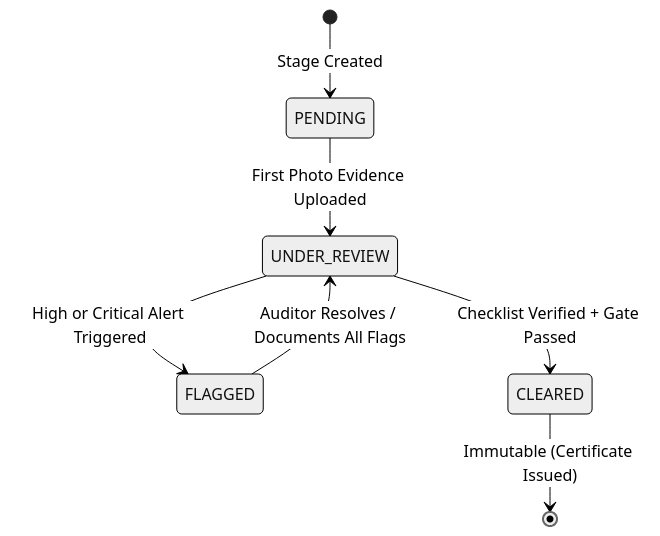
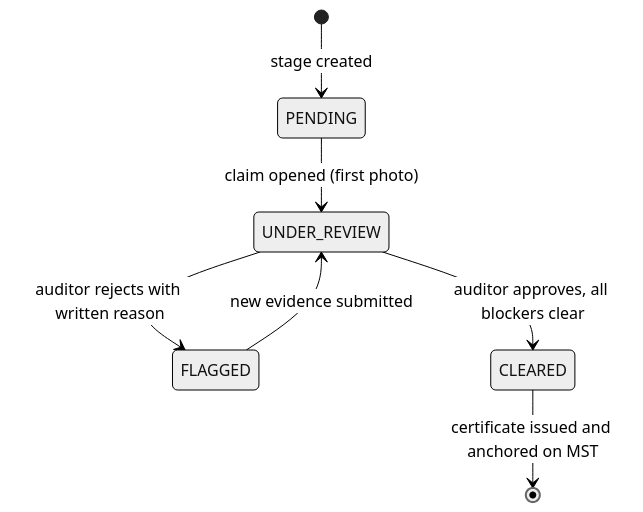
The third of 3 diagrams in README.md (Pranavms09/CONSTRA), drawn with Mermaid (neutral theme) before and after one commit. The commit also changed other lines of this file and 5 other files, not shown here.

````diff
--- a/README.md
+++ b/README.md
@@ -172,9 +174,9 @@
 ```mermaid
 stateDiagram-v2
-    [*] --> PENDING: Stage Created
-    PENDING --> UNDER_REVIEW: First Photo Evidence Uploaded
-    UNDER_REVIEW --> FLAGGED: High or Critical Alert Triggered
-    FLAGGED --> UNDER_REVIEW: Auditor Resolves / Documents All Flags
-    UNDER_REVIEW --> CLEARED: Checklist Verified + Gate Passed
-    CLEARED --> [*]: Immutable (Certificate Issued)
+    [*] --> PENDING: stage created
+    PENDING --> UNDER_REVIEW: claim opened (first photo)
+    UNDER_REVIEW --> FLAGGED: auditor rejects with written reason
+    FLAGGED --> UNDER_REVIEW: new evidence submitted
+    UNDER_REVIEW --> CLEARED: auditor approves, all blockers clear
+    CLEARED --> [*]: certificate issued and anchored on MST
 ```
````
